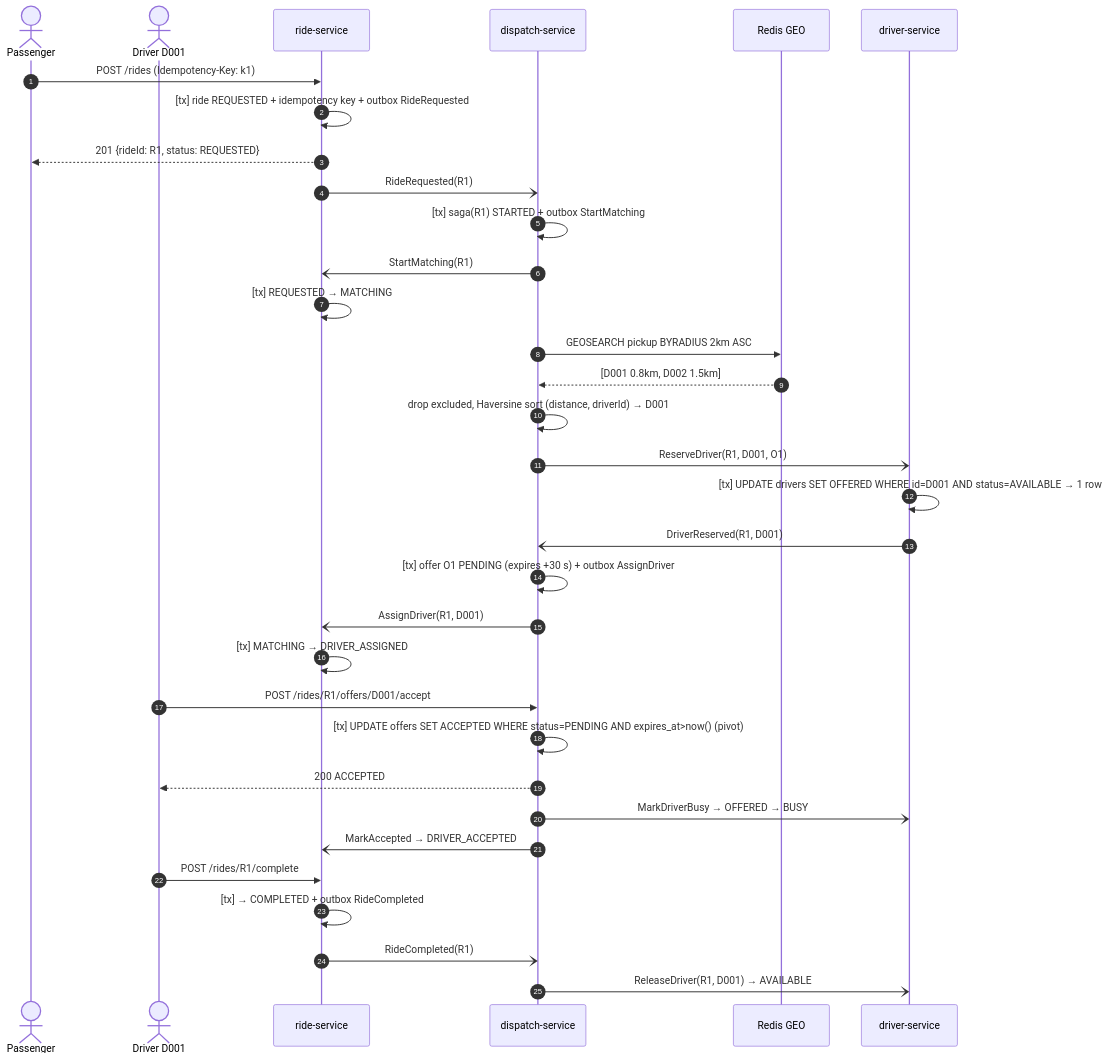
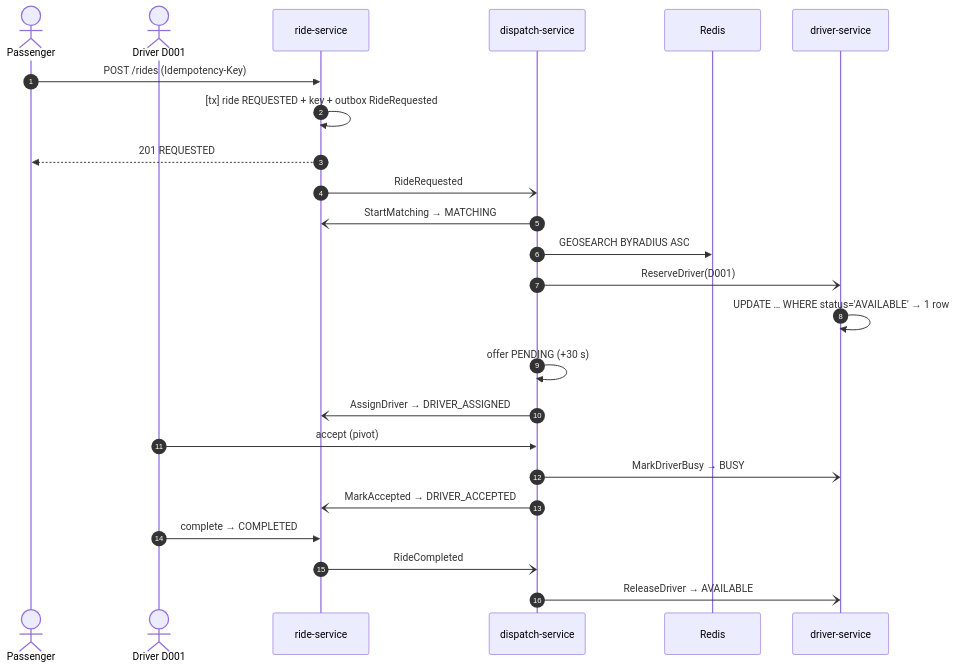
Before and after one commit to khoaphan-tw/coding-challenges-demo: the ninth of 15 diagrams in coding-challenge-3/kvp/demo/presentation.md, drawn with Mermaid. The commit also changed other lines of this file and 4 other files, not shown here.

````diff
--- a/coding-challenge-3/kvp/demo/presentation.md
+++ b/coding-challenge-3/kvp/demo/presentation.md
@@ -242,38 +450,26 @@
 ```mermaid
 sequenceDiagram
     autonumber
     actor P as Passenger
     actor D as Driver D001
     participant RS as ride-service
     participant XS as dispatch-service
-    participant R as Redis GEO
+    participant R as Redis
     participant DS as driver-service
-
-    P->>RS: POST /rides (Idempotency-Key: k1)
-    RS->>RS: [tx] ride REQUESTED + idempotency key + outbox RideRequested
-    RS-->>P: 201 {rideId: R1, status: REQUESTED}
-    RS-)XS: RideRequested(R1)
-    XS->>XS: [tx] saga(R1) STARTED + outbox StartMatching
-    XS-)RS: StartMatching(R1)
-    RS->>RS: [tx] REQUESTED → MATCHING
-    XS->>R: GEOSEARCH pickup BYRADIUS 2km ASC
-    R-->>XS: [D001 0.8km, D002 1.5km]
-    XS->>XS: drop excluded, Haversine sort (distance, driverId) → D001
-    XS-)DS: ReserveDriver(R1, D001, O1)
-    DS->>DS: [tx] UPDATE drivers SET OFFERED WHERE id=D001 AND status=AVAILABLE → 1 row
-    DS-)XS: DriverReserved(R1, D001)
-    XS->>XS: [tx] offer O1 PENDING (expires +30 s) + outbox AssignDriver
-    XS-)RS: AssignDriver(R1, D001)
-    RS->>RS: [tx] MATCHING → DRIVER_ASSIGNED
-
-    D->>XS: POST /rides/R1/offers/D001/accept
-    XS->>XS: [tx] UPDATE offers SET ACCEPTED WHERE status=PENDING AND expires_at>now() (pivot)
-    XS-->>D: 200 ACCEPTED
-    XS-)DS: MarkDriverBusy → OFFERED → BUSY
+    P->>RS: POST /rides (Idempotency-Key)
+    RS->>RS: [tx] ride REQUESTED + key + outbox RideRequested
+    RS-->>P: 201 REQUESTED
+    RS-)XS: RideRequested
+    XS-)RS: StartMatching → MATCHING
+    XS->>R: GEOSEARCH BYRADIUS ASC
+    XS-)DS: ReserveDriver(D001)
+    DS->>DS: UPDATE … WHERE status='AVAILABLE' → 1 row
+    XS->>XS: offer PENDING (+30 s)
+    XS-)RS: AssignDriver → DRIVER_ASSIGNED
+    D->>XS: accept (pivot)
+    XS-)DS: MarkDriverBusy → BUSY
     XS-)RS: MarkAccepted → DRIVER_ACCEPTED
-
-    D->>RS: POST /rides/R1/complete
-    RS->>RS: [tx] → COMPLETED + outbox RideCompleted
-    RS-)XS: RideCompleted(R1)
-    XS-)DS: ReleaseDriver(R1, D001) → AVAILABLE
+    D->>RS: complete → COMPLETED
+    RS-)XS: RideCompleted
+    XS-)DS: ReleaseDriver → AVAILABLE
 ```
````
